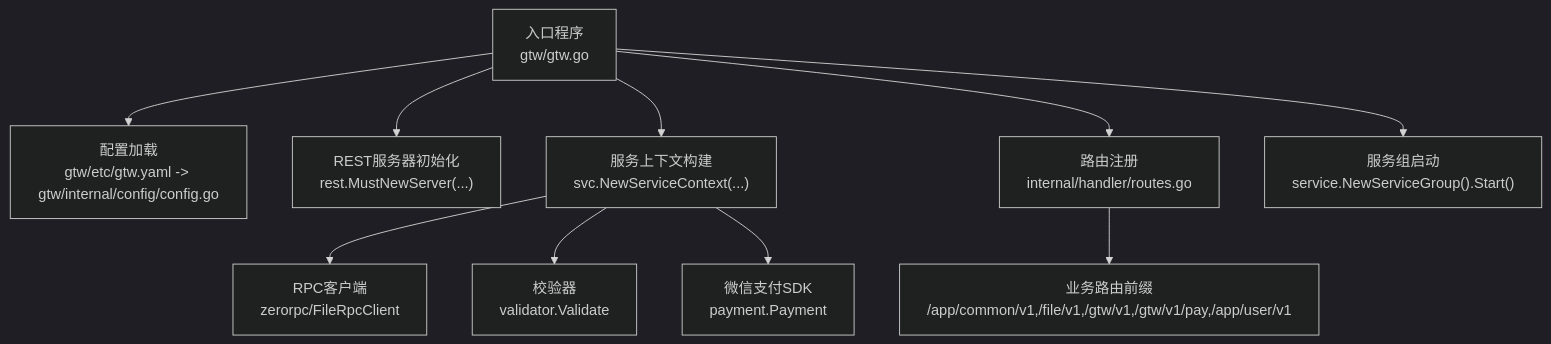
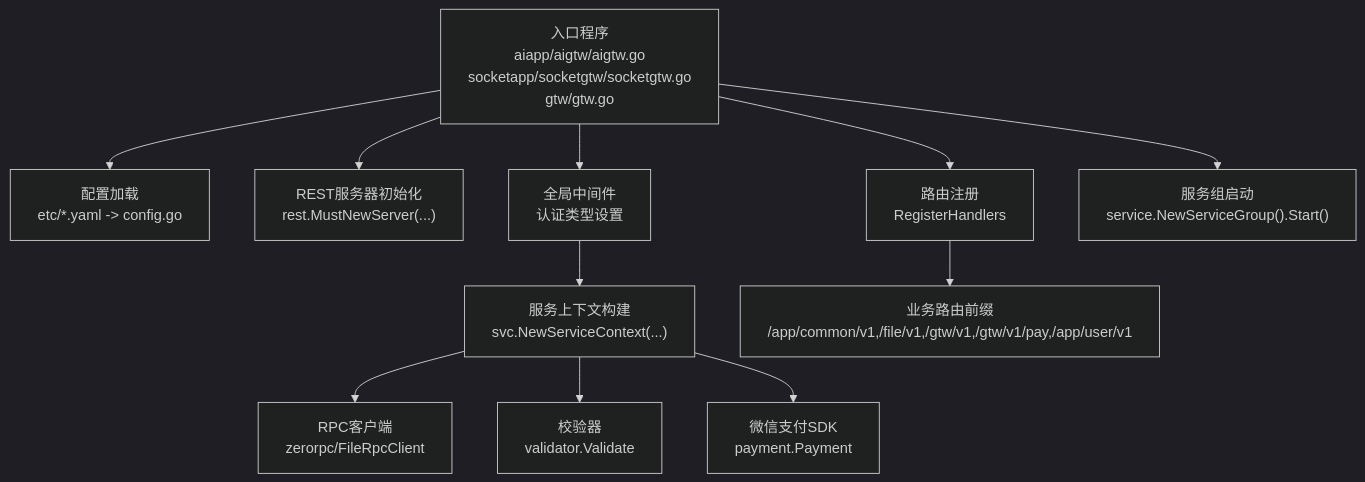
Before and after one commit to maomao94/zero-service: the first of 9 diagrams in .qoder/repowiki/zh/content/网关与接口/BFF网关/网关架构设计.md, drawn with Mermaid (dark theme). The commit also changed other lines of this file and 7 other files, not shown here.

````diff
--- a/.qoder/repowiki/zh/content/网关与接口/BFF网关/网关架构设计.md
+++ b/.qoder/repowiki/zh/content/网关与接口/BFF网关/网关架构设计.md
@@ -39,12 +54,13 @@
 ```mermaid
 graph TB
-A["入口程序<br/>gtw/gtw.go"] --> B["配置加载<br/>gtw/etc/gtw.yaml -> gtw/internal/config/config.go"]
+A["入口程序<br/>aiapp/aigtw/aigtw.go<br/>socketapp/socketgtw/socketgtw.go<br/>gtw/gtw.go"] --> B["配置加载<br/>etc/*.yaml -> config.go"]
 A --> C["REST服务器初始化<br/>rest.MustNewServer(...)"]
-A --> D["服务上下文构建<br/>svc.NewServiceContext(...)"]
-D --> E["RPC客户端<br/>zerorpc/FileRpcClient"]
-D --> F["校验器<br/>validator.Validate"]
-D --> G["微信支付SDK<br/>payment.Payment"]
-A --> H["路由注册<br/>internal/handler/routes.go"]
-H --> I["业务路由前缀<br/>/app/common/v1,/file/v1,/gtw/v1,/gtw/v1/pay,/app/user/v1"]
-A --> J["服务组启动<br/>service.NewServiceGroup().Start()"]
+A --> D["全局中间件<br/>认证类型设置"]
+D --> E["服务上下文构建<br/>svc.NewServiceContext(...)"]
+E --> F["RPC客户端<br/>zerorpc/FileRpcClient"]
+E --> G["校验器<br/>validator.Validate"]
+E --> H["微信支付SDK<br/>payment.Payment"]
+A --> I["路由注册<br/>RegisterHandlers"]
+I --> J["业务路由前缀<br/>/app/common/v1,/file/v1,/gtw/v1,/gtw/v1/pay,/app/user/v1"]
+A --> K["服务组启动<br/>service.NewServiceGroup().Start()"]
 ```
````
